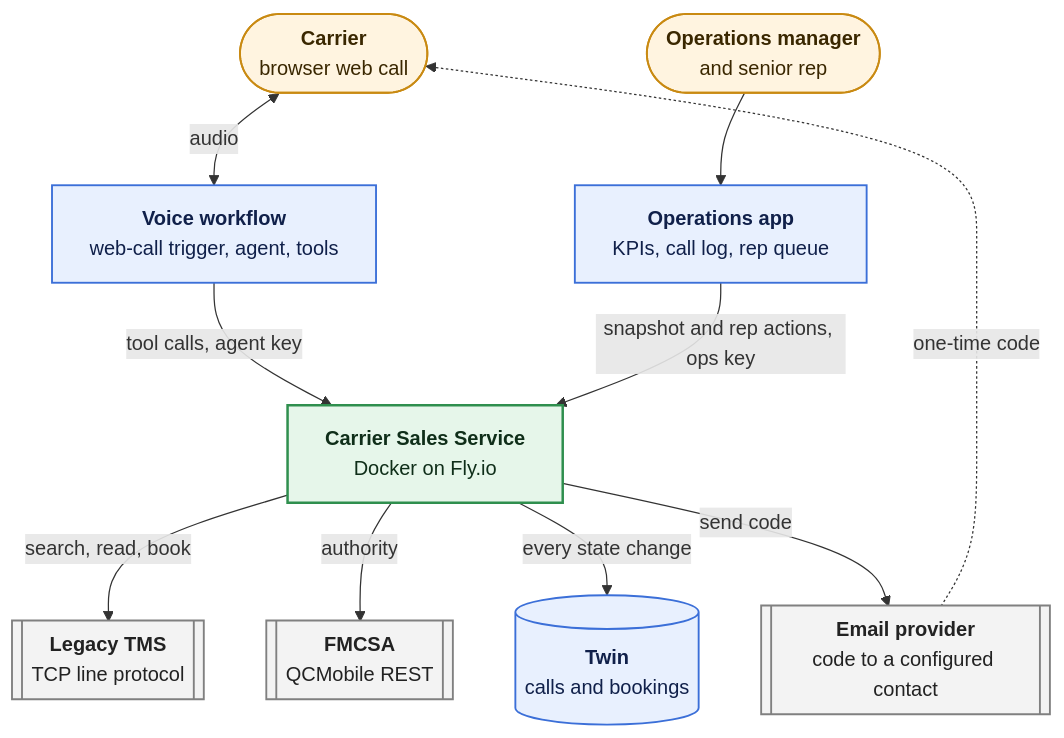
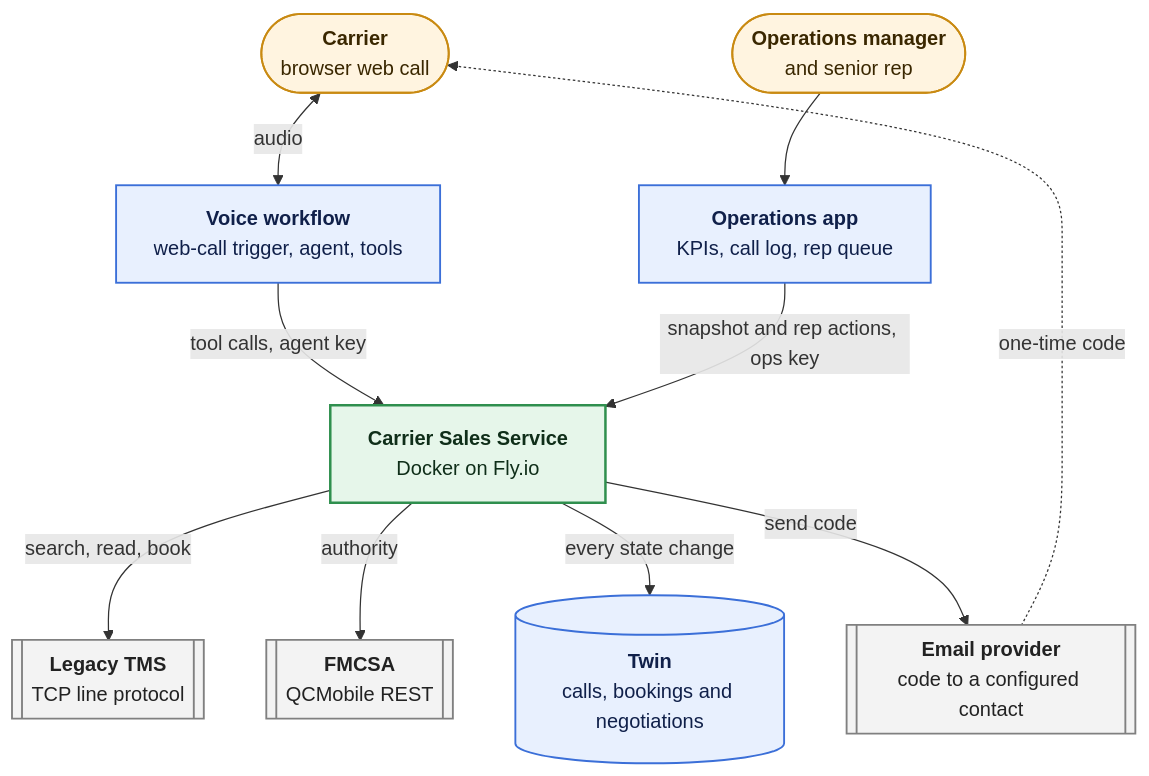
One commit to sgon0181/happyrobot-inbound-carrier-sales changed the first of 4 diagrams in ARCHITECTURE.md. Above: the diagram before and after it, drawn with Mermaid. The commit also changed other lines of this file and 28 other files, not shown here.

````diff
--- a/ARCHITECTURE.md
+++ b/ARCHITECTURE.md
@@ -43,34 +43,34 @@
 ```mermaid
 flowchart TB
     carrier(["<b>Carrier</b><br/>browser web call"])
     manager(["<b>Operations manager</b><br/>and senior rep"])
 
     voice["<b>Voice workflow</b><br/>web-call trigger, agent, tools"]
     app["<b>Operations app</b><br/>KPIs, call log, rep queue"]
 
     svc["<b>Carrier Sales Service</b><br/>Docker on Fly.io"]
 
     tms[["<b>Legacy TMS</b><br/>TCP line protocol"]]
     fmcsa[["<b>FMCSA</b><br/>QCMobile REST"]]
-    twin[("<b>Twin</b><br/>calls and bookings")]
+    twin[("<b>Twin</b><br/>calls, bookings and negotiations")]
     email[["<b>Email provider</b><br/>code to a configured contact"]]
 
     carrier <-->|audio| voice
     manager --> app
     voice -->|"tool calls, agent key"| svc
     app -->|"snapshot and rep actions, ops key"| svc
     svc -->|"search, read, book"| tms
     svc -->|authority| fmcsa
     svc -->|"every state change"| twin
     svc -->|send code| email
     email -.->|one-time code| carrier
 
     classDef hr fill:#e8f0fe,stroke:#3b6fd8,stroke-width:1.5px,color:#10204a
     classDef svc fill:#e6f6ea,stroke:#2f8f4e,stroke-width:2px,color:#0f2e19
     classDef ext fill:#f3f3f3,stroke:#808080,stroke-width:1.5px,color:#222
     classDef person fill:#fff4e0,stroke:#c98a12,stroke-width:1.5px,color:#3a2700
     class voice,app,twin hr
     class svc svc
     class tms,fmcsa,email ext
     class carrier,manager person
 ```
````
